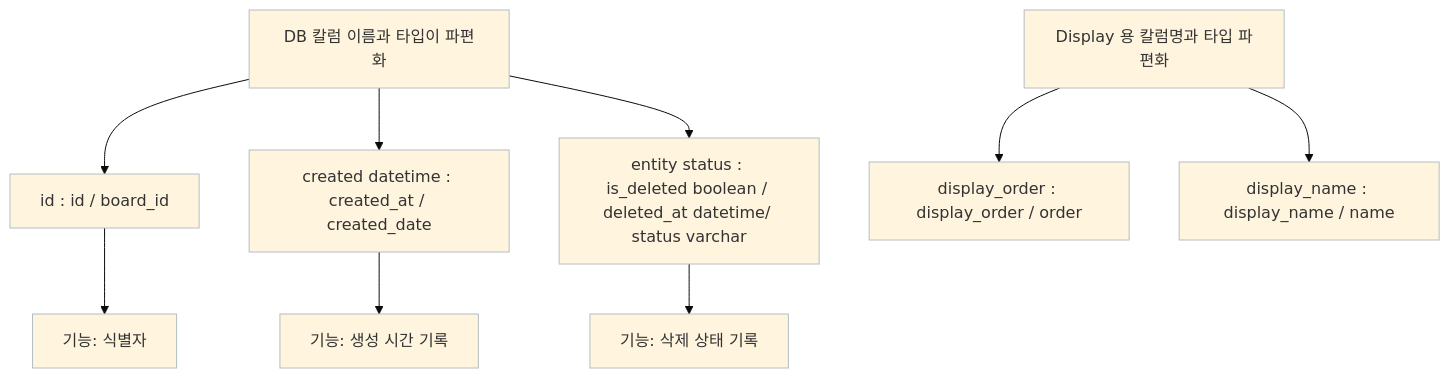
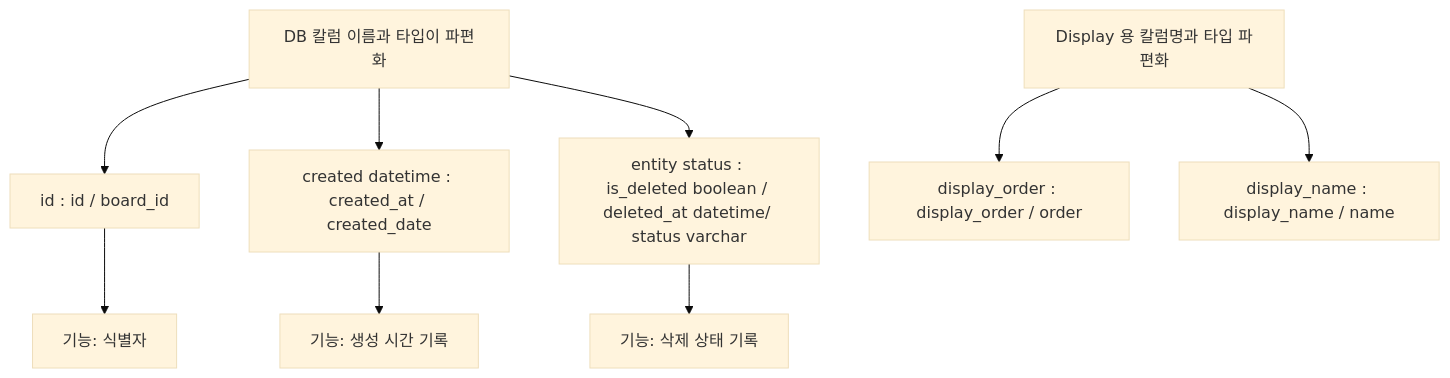
One commit to shp7408/career-wbs changed the first of 5 diagrams in WBS-shp7408-01.md. Above: the diagram before and after it, drawn with Mermaid (base theme). The commit also changed other lines of this file, not shown here.

````diff
--- a/WBS-shp7408-01.md
+++ b/WBS-shp7408-01.md
@@ -37,17 +37,13 @@
 ```mermaid
-flowchart TD
+flowchart TB
     A[DB 칼럼 이름과 타입이 파편화] --> B[id : id / board_id]
     A --> C[created datetime : created_at / created_date]
     A --> D[entity status : is_deleted boolean / deleted_at datetime/ status varchar]
 
     B --> E[기능: 식별자]
     C --> F[기능: 생성 시간 기록]
     D --> G[기능: 삭제 상태 기록]
 
     H[Display 용 칼럼명과 타입 파편화] --> I[display_order : display_order / order]
     H --> J[display_name : display_name / name]
-
-
-    classDef default fill:#,stroke:#b2bec3,stroke-width:1px;
-    class A,B,C,D,E,F,G,H,I,J default;
 ```
````
